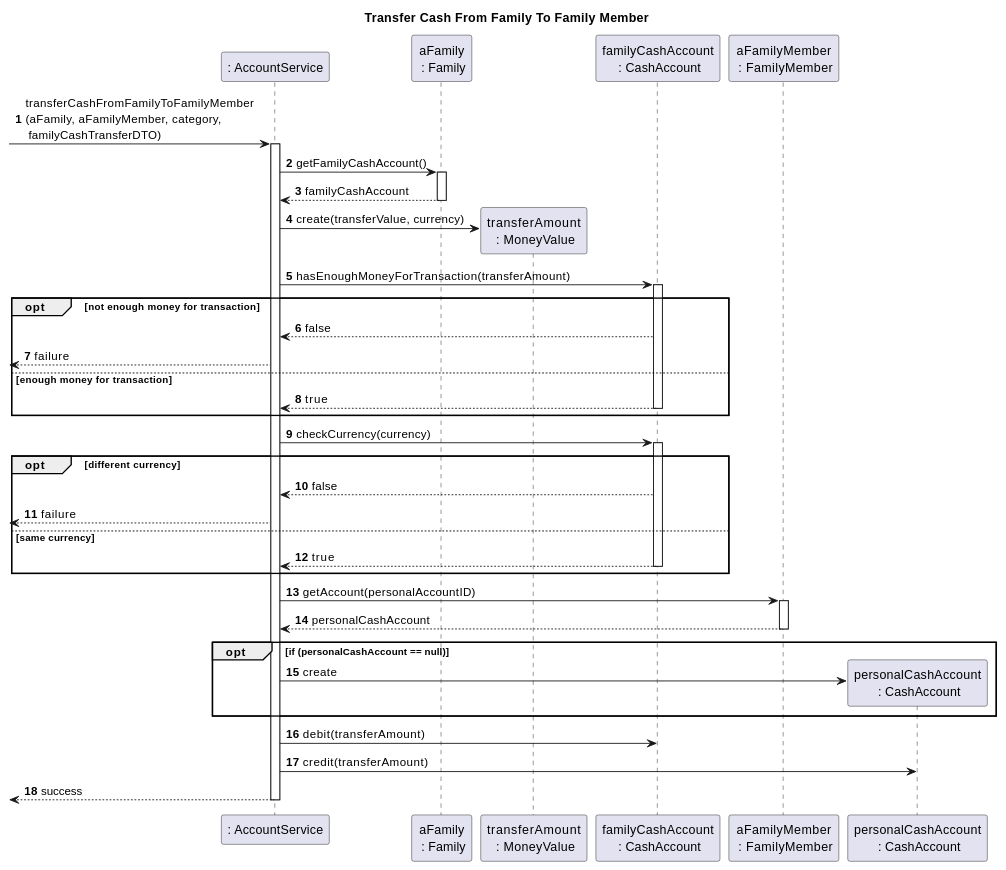
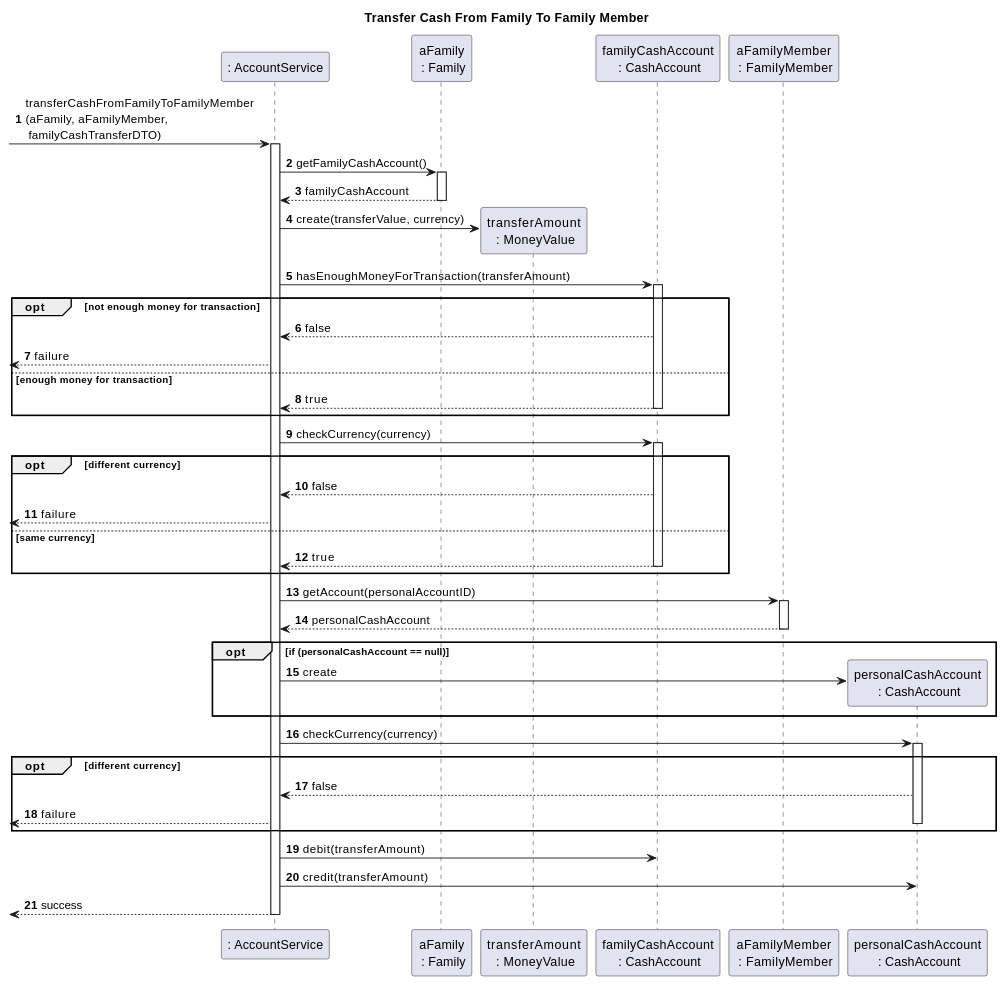
Before and after one commit to tomas-osswald/switch_2020_g3: the third of 4 diagrams in docs/sprint2/user_stories/US130_TransferToPersonalCashAccount.md, drawn with PlantUML. The commit also changed other lines of this file, not shown here.

`````diff
--- a/docs/sprint2/user_stories/US130_TransferToPersonalCashAccount.md
+++ b/docs/sprint2/user_stories/US130_TransferToPersonalCashAccount.md
@@ -148,62 +167,72 @@
 ````puml
 title Transfer Cash From Family To Family Member
 autonumber
 
 Participant ": AccountService" as AccountService
 Participant "aFamily\n : Family" as Family
 Participant "transferAmount\n : MoneyValue" as transferMoneyValue
 Participant "familyCashAccount\n : CashAccount" as familyCashAccount
 Participant "aFamilyMember\n : FamilyMember" as FamilyMember
 Participant "personalCashAccount\n : CashAccount" as personalCashAccount
 
 
--> AccountService : transferCashFromFamilyToFamilyMember\n(aFamily, aFamilyMember, category,\n familyCashTransferDTO)
+-> AccountService : transferCashFromFamilyToFamilyMember\n(aFamily, aFamilyMember,\n familyCashTransferDTO)
 activate AccountService
 
 AccountService -> Family : getFamilyCashAccount()
 activate Family
 Family --> AccountService : familyCashAccount
 deactivate Family
 
 AccountService -> transferMoneyValue ** : create(transferValue, currency)
 
 AccountService -> familyCashAccount : hasEnoughMoneyForTransaction(transferAmount)
 activate familyCashAccount
 
 opt not enough money for transaction
 familyCashAccount --> AccountService : false
 <-- AccountService : failure
 
 else enough money for transaction
 familyCashAccount --> AccountService : true
 deactivate familyCashAccount
 end
 
 AccountService -> familyCashAccount : checkCurrency(currency)
 activate familyCashAccount
 
 opt different currency
 familyCashAccount --> AccountService : false
 <-- AccountService : failure
 
 else same currency
 familyCashAccount --> AccountService : true
 deactivate familyCashAccount
 end opt
 
 AccountService -> FamilyMember : getAccount(personalAccountID)
 activate FamilyMember
 FamilyMember --> AccountService : personalCashAccount
 deactivate FamilyMember
 
 opt if (personalCashAccount == null)
 AccountService -> personalCashAccount ** : create
 end
 
+AccountService -> personalCashAccount : checkCurrency(currency)
+activate personalCashAccount
+
+opt different currency
+personalCashAccount --> AccountService : false
+<-- AccountService : failure
+deactivate personalCashAccount
+end
+
+
 AccountService -> familyCashAccount : debit(transferAmount)
 
 AccountService -> personalCashAccount : credit(transferAmount)
 <-- AccountService : success
 deactivate AccountService
 
 ````
`````
